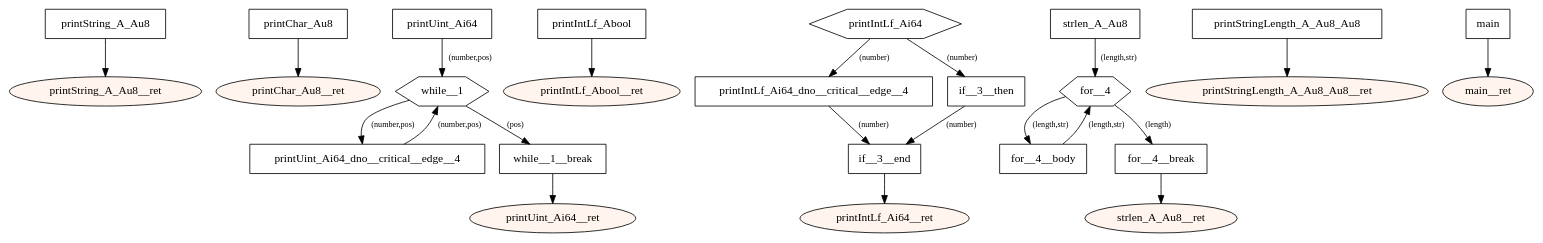
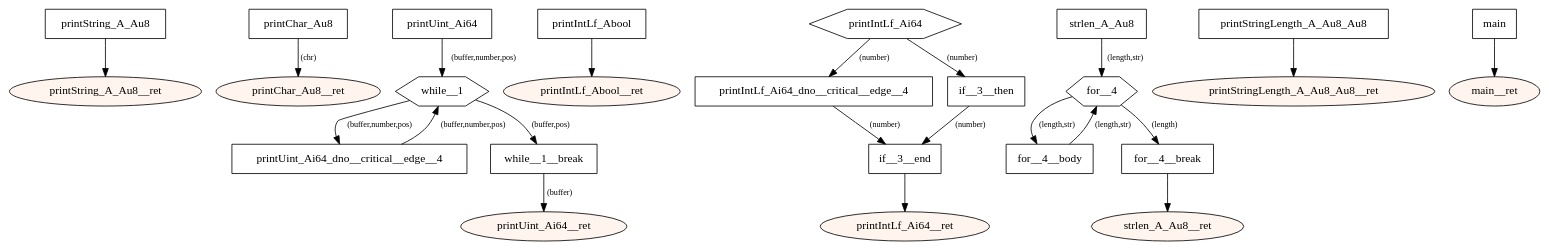
One commit to tmssngr/tinyC changed the diagram in src/main/resources-test/compiler/windows/comparison.dot. Above: the diagram before and after it, drawn with Graphviz. The commit also changed 178 other files, not shown here.

```diff
--- a/src/main/resources-test/compiler/windows/comparison.dot
+++ b/src/main/resources-test/compiler/windows/comparison.dot
@@ -1,64 +1,64 @@
 digraph program {
 	edge[fontsize="10pt"];
 	subgraph fn_printString_A_Au8 {
 		BasicBlock_0_printString_A_Au8 [label="printString_A_Au8",shape=box];
 		BasicBlock_0_printString_A_Au8 -> BasicBlock_0_printString_A_Au8__ret;
 		BasicBlock_0_printString_A_Au8__ret [label="printString_A_Au8__ret",shape=oval,style=filled,fillcolor="#fff5ee"];
 	}
 	subgraph fn_printChar_Au8 {
 		BasicBlock_1_printChar_Au8 [label="printChar_Au8",shape=box];
-		BasicBlock_1_printChar_Au8 -> BasicBlock_1_printChar_Au8__ret;
+		BasicBlock_1_printChar_Au8 -> BasicBlock_1_printChar_Au8__ret [label="(chr)"];
 		BasicBlock_1_printChar_Au8__ret [label="printChar_Au8__ret",shape=oval,style=filled,fillcolor="#fff5ee"];
 	}
 	subgraph fn_printUint_Ai64 {
 		BasicBlock_2_printUint_Ai64 [label="printUint_Ai64",shape=box];
-		BasicBlock_2_printUint_Ai64 -> BasicBlock_2_while__1 [label="(number,pos)"];
+		BasicBlock_2_printUint_Ai64 -> BasicBlock_2_while__1 [label="(buffer,number,pos)"];
 		BasicBlock_2_printUint_Ai64_dno__critical__edge__4 [label="printUint_Ai64_dno__critical__edge__4",shape=box];
-		BasicBlock_2_printUint_Ai64_dno__critical__edge__4 -> BasicBlock_2_while__1 [label="(number,pos)"];
+		BasicBlock_2_printUint_Ai64_dno__critical__edge__4 -> BasicBlock_2_while__1 [label="(buffer,number,pos)"];
 		BasicBlock_2_while__1 [label="while__1",shape=hexagon];
-		BasicBlock_2_while__1 -> BasicBlock_2_printUint_Ai64_dno__critical__edge__4 [label="(number,pos)"];
-		BasicBlock_2_while__1 -> BasicBlock_2_while__1__break [label="(pos)"];
+		BasicBlock_2_while__1 -> BasicBlock_2_printUint_Ai64_dno__critical__edge__4 [label="(buffer,number,pos)"];
+		BasicBlock_2_while__1 -> BasicBlock_2_while__1__break [label="(buffer,pos)"];
 		BasicBlock_2_while__1__break [label="while__1__break",shape=box];
-		BasicBlock_2_while__1__break -> BasicBlock_2_printUint_Ai64__ret;
+		BasicBlock_2_while__1__break -> BasicBlock_2_printUint_Ai64__ret [label="(buffer)"];
 		BasicBlock_2_printUint_Ai64__ret [label="printUint_Ai64__ret",shape=oval,style=filled,fillcolor="#fff5ee"];
 	}
 	subgraph fn_printIntLf_Abool {
 		BasicBlock_3_printIntLf_Abool [label="printIntLf_Abool",shape=box];
 		BasicBlock_3_printIntLf_Abool -> BasicBlock_3_printIntLf_Abool__ret;
 		BasicBlock_3_printIntLf_Abool__ret [label="printIntLf_Abool__ret",shape=oval,style=filled,fillcolor="#fff5ee"];
 	}
 	subgraph fn_printIntLf_Ai64 {
 		BasicBlock_4_printIntLf_Ai64 [label="printIntLf_Ai64",shape=hexagon];
 		BasicBlock_4_printIntLf_Ai64 -> BasicBlock_4_printIntLf_Ai64_dno__critical__edge__4 [label="(number)"];
 		BasicBlock_4_printIntLf_Ai64 -> BasicBlock_4_if__3__then [label="(number)"];
 		BasicBlock_4_printIntLf_Ai64_dno__critical__edge__4 [label="printIntLf_Ai64_dno__critical__edge__4",shape=box];
 		BasicBlock_4_printIntLf_Ai64_dno__critical__edge__4 -> BasicBlock_4_if__3__end [label="(number)"];
 		BasicBlock_4_if__3__then [label="if__3__then",shape=box];
 		BasicBlock_4_if__3__then -> BasicBlock_4_if__3__end [label="(number)"];
 		BasicBlock_4_if__3__end [label="if__3__end",shape=box];
 		BasicBlock_4_if__3__end -> BasicBlock_4_printIntLf_Ai64__ret;
 		BasicBlock_4_printIntLf_Ai64__ret [label="printIntLf_Ai64__ret",shape=oval,style=filled,fillcolor="#fff5ee"];
 	}
 	subgraph fn_strlen_A_Au8 {
 		BasicBlock_5_strlen_A_Au8 [label="strlen_A_Au8",shape=box];
 		BasicBlock_5_strlen_A_Au8 -> BasicBlock_5_for__4 [label="(length,str)"];
 		BasicBlock_5_for__4__body [label="for__4__body",shape=box];
 		BasicBlock_5_for__4__body -> BasicBlock_5_for__4 [label="(length,str)"];
 		BasicBlock_5_for__4 [label="for__4",shape=hexagon];
 		BasicBlock_5_for__4 -> BasicBlock_5_for__4__break [label="(length)"];
 		BasicBlock_5_for__4 -> BasicBlock_5_for__4__body [label="(length,str)"];
 		BasicBlock_5_for__4__break [label="for__4__break",shape=box];
 		BasicBlock_5_for__4__break -> BasicBlock_5_strlen_A_Au8__ret;
 		BasicBlock_5_strlen_A_Au8__ret [label="strlen_A_Au8__ret",shape=oval,style=filled,fillcolor="#fff5ee"];
 	}
 	subgraph fn_printStringLength_A_Au8_Au8 {
 		BasicBlock_6_printStringLength_A_Au8_Au8 [label="printStringLength_A_Au8_Au8",shape=box];
 		BasicBlock_6_printStringLength_A_Au8_Au8 -> BasicBlock_6_printStringLength_A_Au8_Au8__ret;
 		BasicBlock_6_printStringLength_A_Au8_Au8__ret [label="printStringLength_A_Au8_Au8__ret",shape=oval,style=filled,fillcolor="#fff5ee"];
 	}
 	subgraph fn_main {
 		BasicBlock_7_main [label="main",shape=box];
 		BasicBlock_7_main -> BasicBlock_7_main__ret;
 		BasicBlock_7_main__ret [label="main__ret",shape=oval,style=filled,fillcolor="#fff5ee"];
 	}
 }
```
